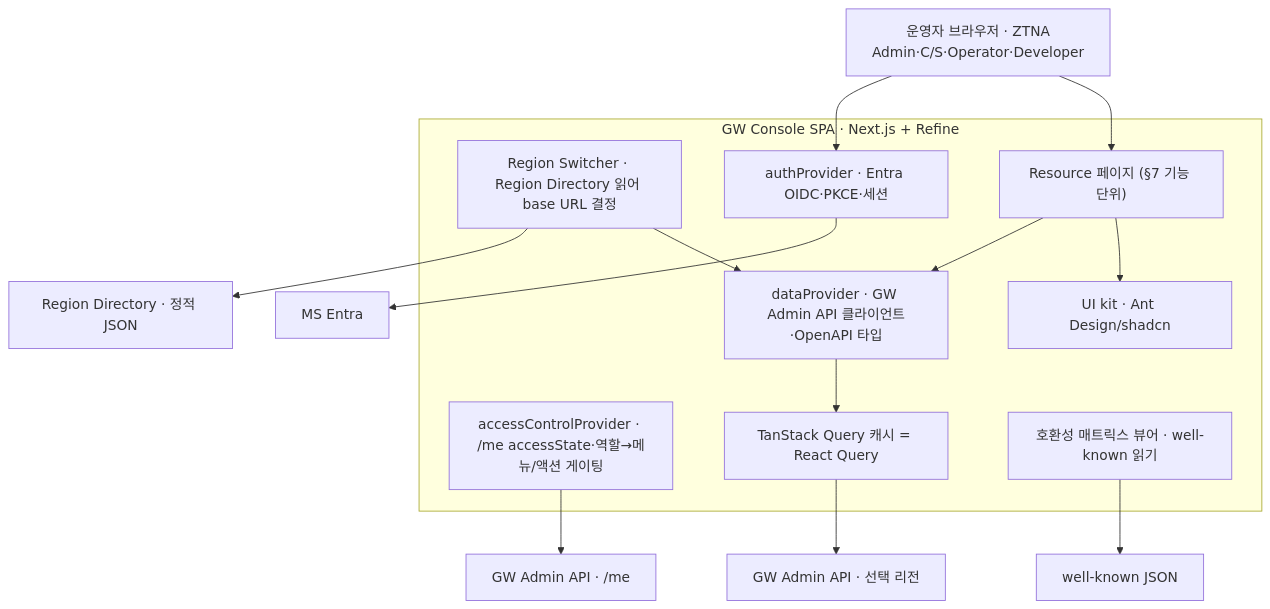
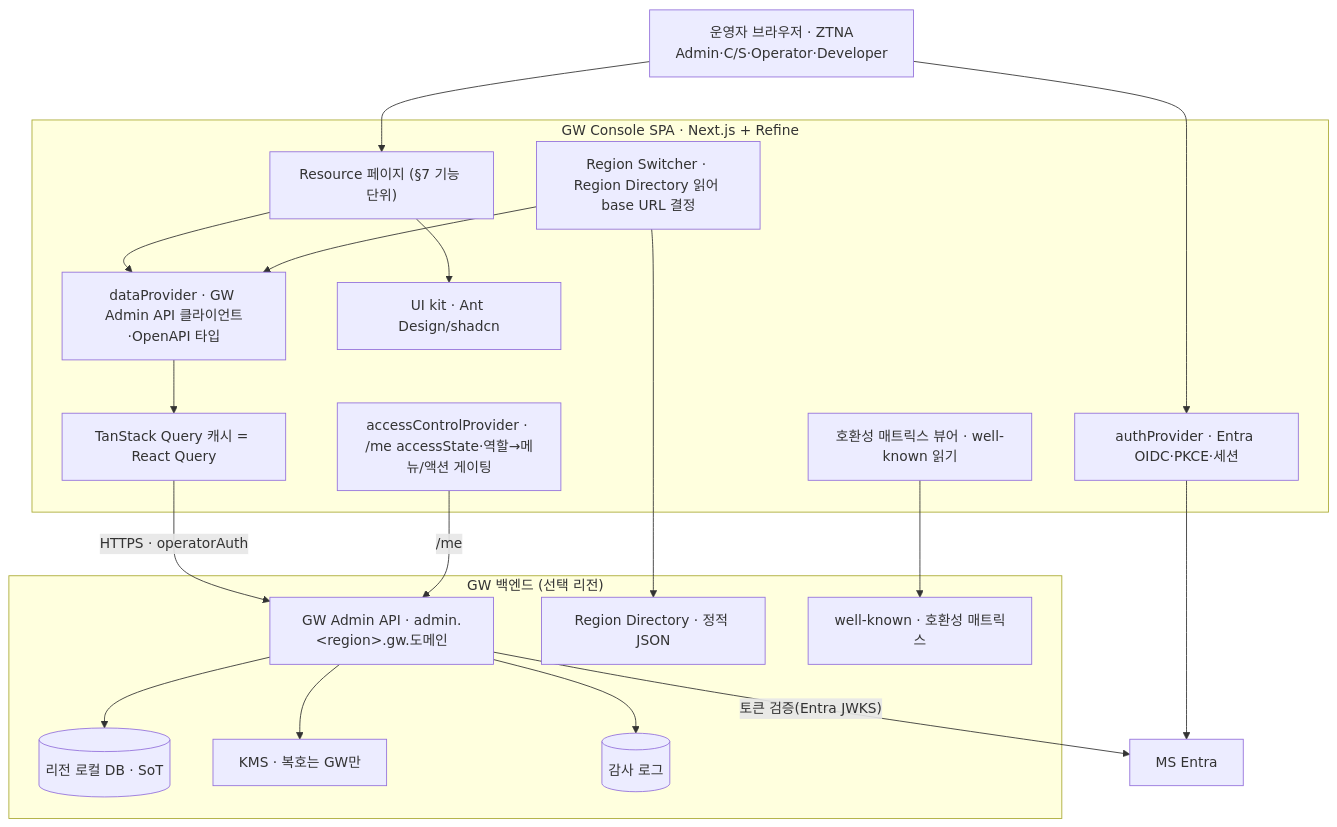
Before and after one commit to gracegyu/scp-architecture: the third of 9 diagrams in docs/VT_API_Gateway/08.VT_API_Gateway/specs/03c-subsrs-gw-console/SRS.md, drawn with Mermaid. The commit also changed other lines of this file, not shown here.

Commit message:
docs: Update SRS documentation for GW Console to reflect structural improvements and clarify specifications
Revised the SRS to enhance the clarity of the document's status and structure, including a rewrite of the ABC specification standards. Added new flowchart elements to better represent the interactions between components, such as the GW Admin API and the local DB. This update aims to improve the overall understanding of the system architecture and ensure accurate documentation of operational constraints.

````diff
--- a/docs/VT_API_Gateway/08.VT_API_Gateway/specs/03c-subsrs-gw-console/SRS.md
+++ b/docs/VT_API_Gateway/08.VT_API_Gateway/specs/03c-subsrs-gw-console/SRS.md
@@ -168,24 +168,36 @@
 ```mermaid
 flowchart TB
+  OP["운영자 브라우저 · ZTNA<br/>Admin·C/S·Operator·Developer"] --> AUTH
+  OP --> RES
   subgraph SPA["GW Console SPA · Next.js + Refine"]
     RS["Region Switcher · Region Directory 읽어 base URL 결정"]
     AUTH["authProvider · Entra OIDC·PKCE·세션"]
     ACL["accessControlProvider · /me accessState·역할→메뉴/액션 게이팅"]
     DP["dataProvider · GW Admin API 클라이언트·OpenAPI 타입"]
     QC["TanStack Query 캐시 = React Query"]
     RES["Resource 페이지 (§7 기능 단위)"]
     VUI["UI kit · Ant Design/shadcn"]
     VW["호환성 매트릭스 뷰어 · well-known 읽기"]
   end
-  OP["운영자 브라우저 · ZTNA<br/>Admin·C/S·Operator·Developer"] --> AUTH
-  OP --> RES
   AUTH --> ENTRA["MS Entra"]
-  ACL --> MEAPI["GW Admin API · /me"]
-  RS --> RD["Region Directory · 정적 JSON"]
+  subgraph GW["GW 백엔드 (선택 리전)"]
+    A["GW Admin API · admin.&lt;region&gt;.gw.도메인"]
+    DB[("리전 로컬 DB · SoT")]
+    KMS["KMS · 복호는 GW만"]
+    AUD[("감사 로그")]
+    RD["Region Directory · 정적 JSON"]
+    WK["well-known · 호환성 매트릭스"]
+    A --> DB
+    A --> KMS
+    A --> AUD
+  end
+  ACL -->|"/me"| A
   RS --> DP
   DP --> QC
-  QC --> ADMIN["GW Admin API · 선택 리전"]
+  QC -->|"HTTPS · operatorAuth"| A
   RES --> DP
   RES --> VUI
-  VW --> WK["well-known JSON"]
+  RS --> RD
+  VW --> WK
+  A -->|"토큰 검증(Entra JWKS)"| ENTRA
 ```
````
